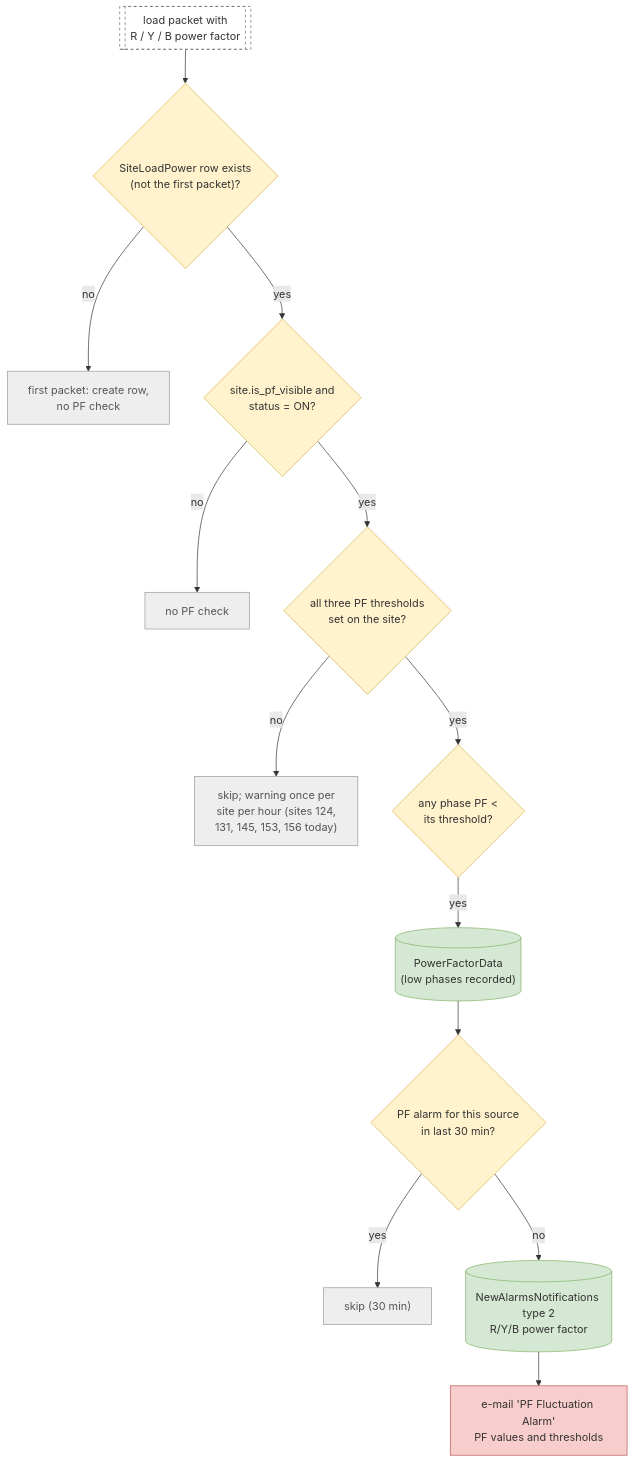
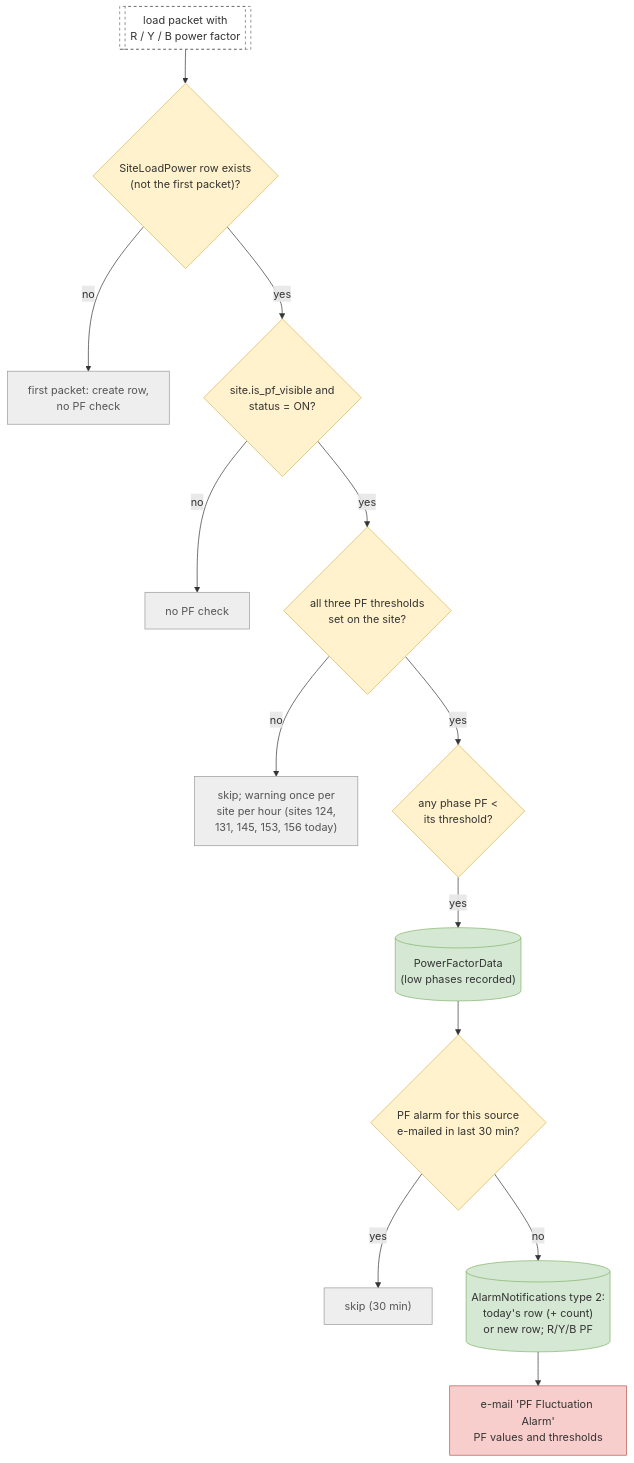
Before and after one commit to ashutoshdubey-aviconn/AVC-backend: diagram 20 of 22 in docs/mqtt-flows/README.md, drawn with Mermaid. The commit also changed other lines of this file and 20 other files, not shown here.

First line of the commit message:
One alarm table: power / DG alarms move into AlarmNotifications

````diff
--- a/docs/mqtt-flows/README.md
+++ b/docs/mqtt-flows/README.md
@@ -1427,38 +1437,38 @@
 ```mermaid
 flowchart TD
     in[["load packet with<br/>R / Y / B power factor"]]
     row{"SiteLoadPower row exists<br/>(not the first packet)?"}
     first["first packet: create row,<br/>no PF check"]
     vis{"site.is_pf_visible and<br/>status = ON?"}
     off["no PF check"]
     thr{"all three PF thresholds<br/>set on the site?"}
     miss["skip; warning once per<br/>site per hour (sites 124,<br/>131, 145, 153, 156 today)"]
     low{"any phase PF <<br/>its threshold?"}
     pfd[("PowerFactorData<br/>(low phases recorded)")]
-    rec{"PF alarm for this source<br/>in last 30 min?"}
+    rec{"PF alarm for this source<br/>e-mailed in last 30 min?"}
     dup["skip (30 min)"]
-    new[("NewAlarmsNotifications type 2<br/>R/Y/B power factor")]
+    new[("AlarmNotifications type 2:<br/>today's row (+ count)<br/>or new row; R/Y/B PF")]
     mail["e-mail 'PF Fluctuation Alarm'<br/>PF values and thresholds"]
     in --> row
     row -->|"no"| first
     row -->|"yes"| vis
     vis -->|"no"| off
     vis -->|"yes"| thr
     thr -->|"no"| miss
     thr -->|"yes"| low
     low -->|"yes"| pfd
     pfd --> rec
     rec -->|"yes"| dup
     rec -->|"no"| new
     new --> mail
     classDef decision fill:#fff2cc,stroke:#d6b656
     class row,vis,thr,low,rec decision
     classDef db fill:#d5e8d4,stroke:#82b366
     class pfd,new db
     classDef alarm fill:#f8cecc,stroke:#b85450
     class mail alarm
     classDef ext fill:#ffffff,stroke:#666,stroke-dasharray:4
     class in ext
     classDef skip fill:#eee,stroke:#999,color:#555
     class first,off,miss,dup skip
 ```
````
